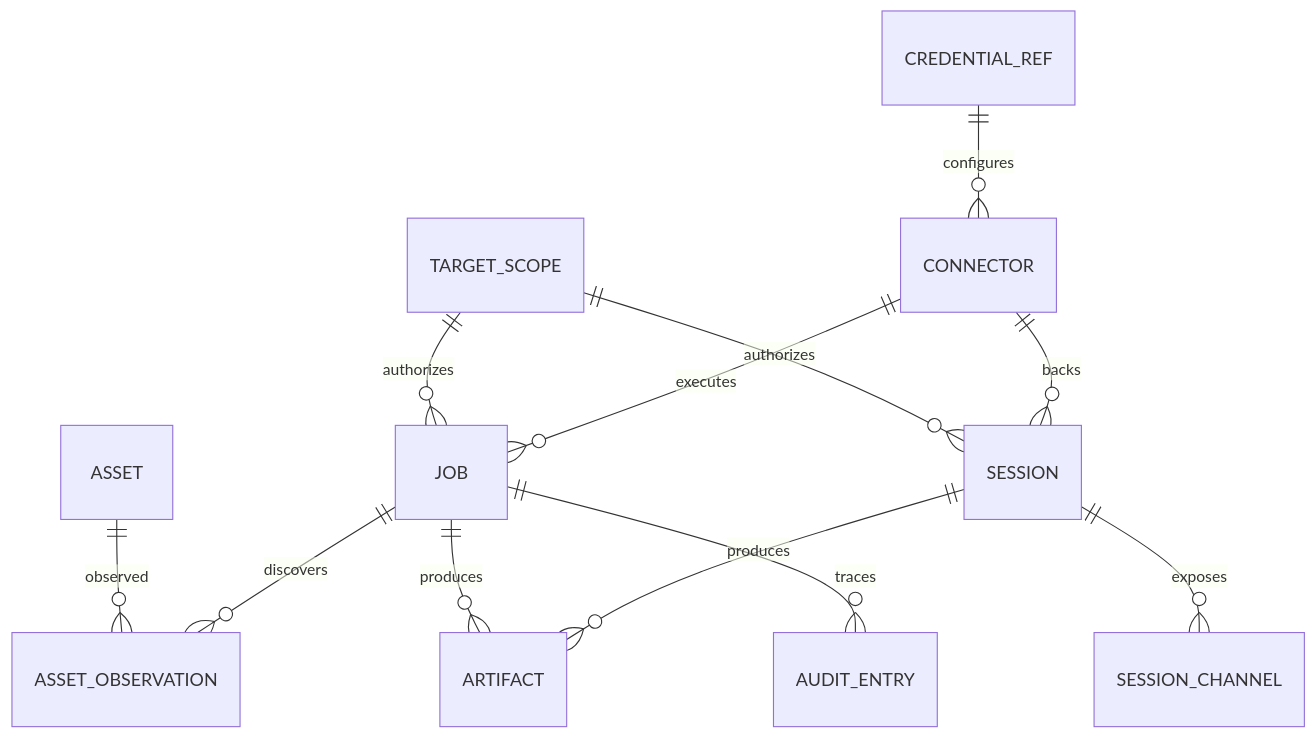
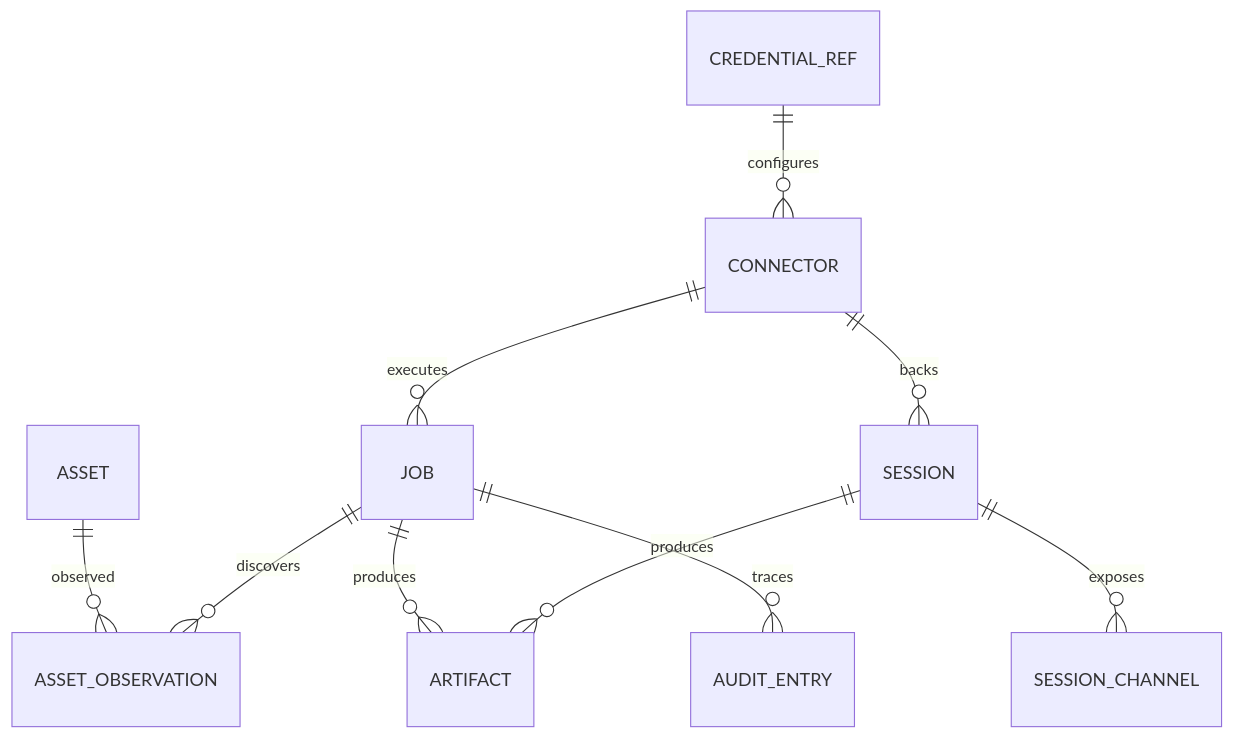
One commit to only9464/Wailf changed the diagram in docs/architecture/domain-model-and-storage.md. Above: the diagram before and after it, drawn with Mermaid. The commit also changed other lines of this file and 43 other files, not shown here.

````diff
--- a/docs/architecture/domain-model-and-storage.md
+++ b/docs/architecture/domain-model-and-storage.md
@@ -34,14 +31,12 @@
 ```mermaid
 erDiagram
-    TARGET_SCOPE ||--o{ JOB : authorizes
-    TARGET_SCOPE ||--o{ SESSION : authorizes
     ASSET ||--o{ ASSET_OBSERVATION : observed
     JOB ||--o{ ASSET_OBSERVATION : discovers
     JOB ||--o{ ARTIFACT : produces
     JOB ||--o{ AUDIT_ENTRY : traces
     SESSION ||--o{ SESSION_CHANNEL : exposes
     SESSION ||--o{ ARTIFACT : produces
     CONNECTOR ||--o{ JOB : executes
     CONNECTOR ||--o{ SESSION : backs
     CREDENTIAL_REF ||--o{ CONNECTOR : configures
 ```
````
